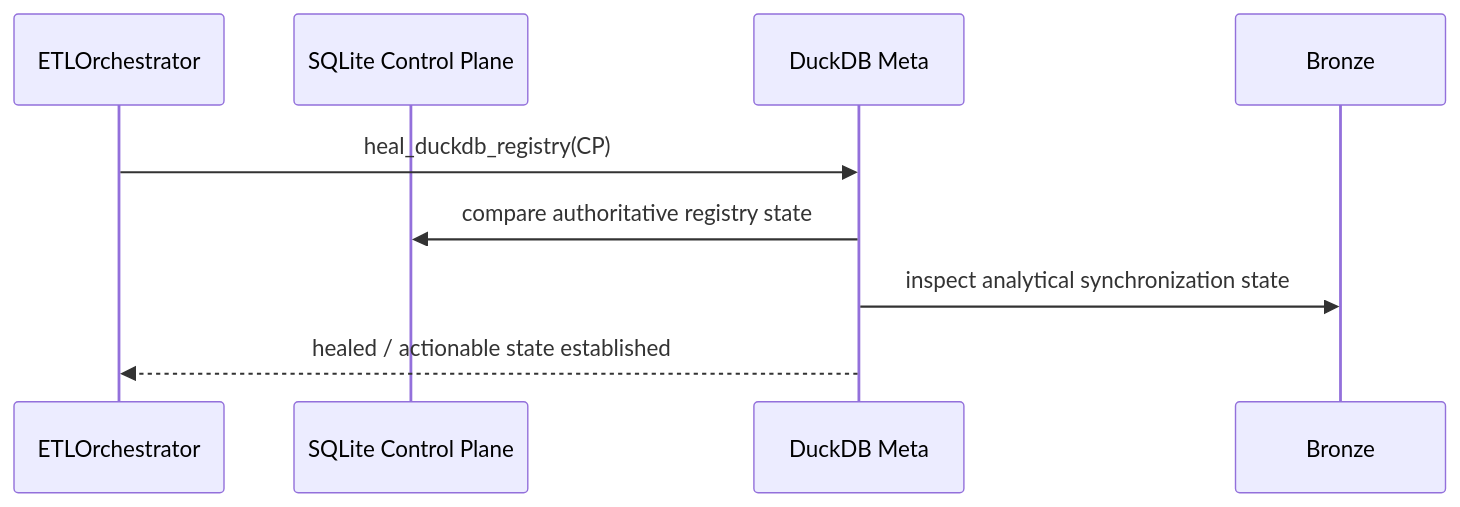
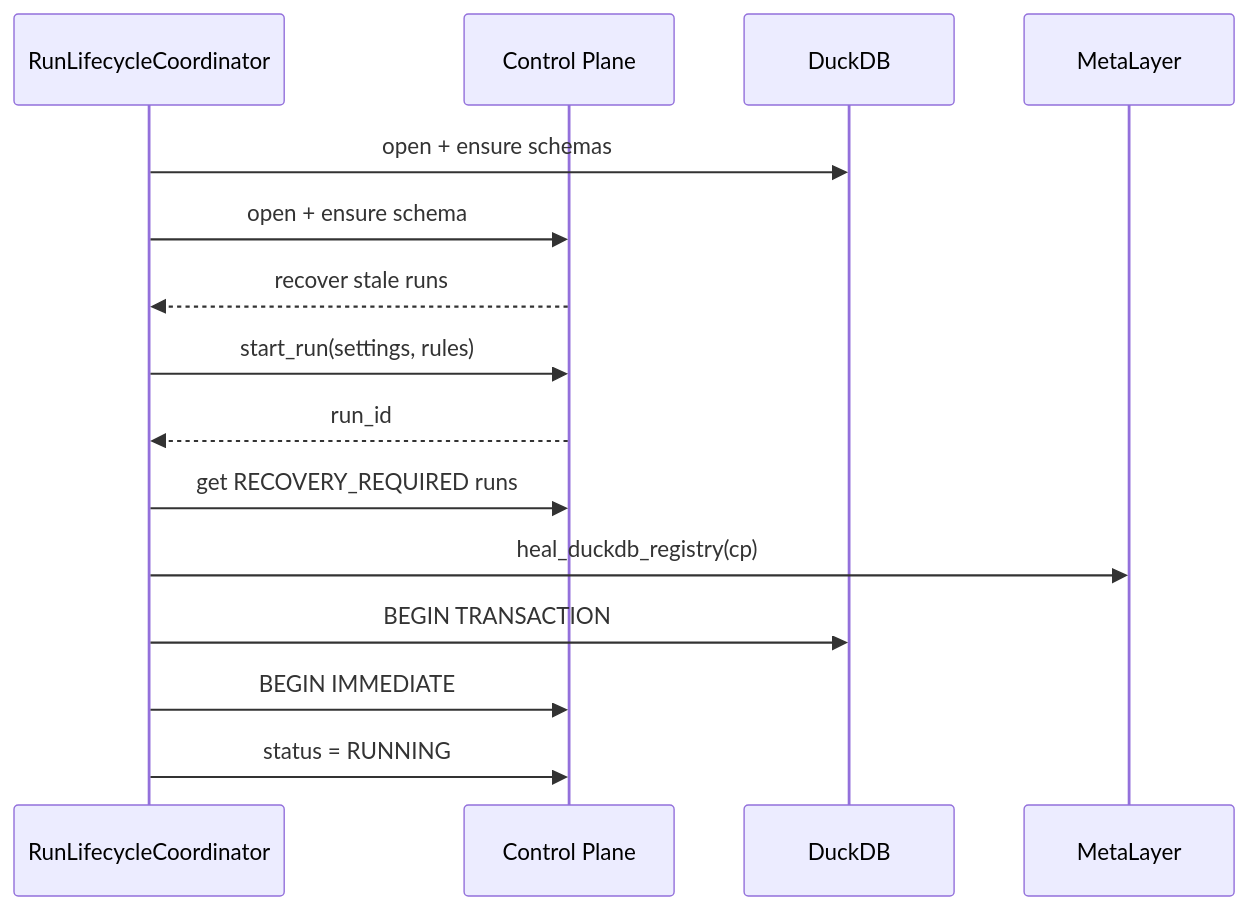
One commit to tks18/personal-finance-etl changed the second of 11 diagrams in docs/architecture/data-lifecycle.md. Above: the diagram before and after it, drawn with Mermaid. The commit also changed other lines of this file and 10 other files, not shown here.

Commit message:
docs: update docs/architecture for latest version

````diff
--- a/docs/architecture/data-lifecycle.md
+++ b/docs/architecture/data-lifecycle.md
@@ -63,12 +60,18 @@
 ```mermaid
 sequenceDiagram
-    participant O as ETLOrchestrator
-    participant CP as SQLite Control Plane
-    participant M as DuckDB Meta
-    participant B as Bronze
+    participant L as RunLifecycleCoordinator
+    participant CP as Control Plane
+    participant DB as DuckDB
+    participant M as MetaLayer
 
-    O->>M: heal_duckdb_registry(CP)
-    M->>CP: compare authoritative registry state
-    M->>B: inspect analytical synchronization state
-    M-->>O: healed / actionable state established
+    L->>DB: open + ensure schemas
+    L->>CP: open + ensure schema
+    CP-->>L: recover stale runs
+    L->>CP: start_run(settings, rules)
+    CP-->>L: run_id
+    L->>CP: get RECOVERY_REQUIRED runs
+    L->>M: heal_duckdb_registry(cp)
+    L->>DB: BEGIN TRANSACTION
+    L->>CP: BEGIN IMMEDIATE
+    L->>CP: status = RUNNING
 ```
````
